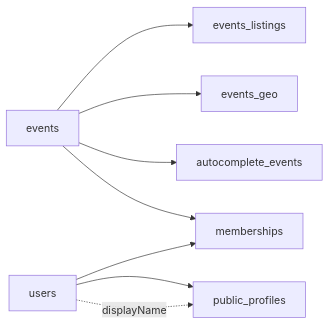
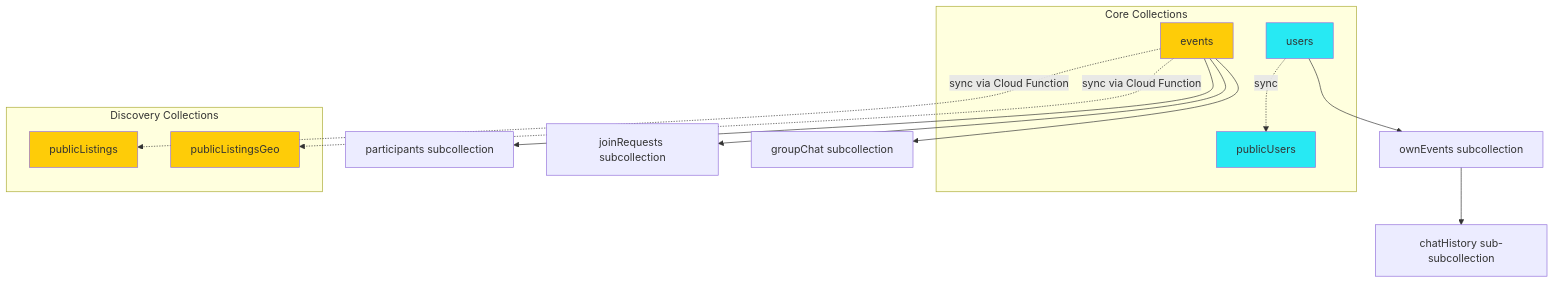
Before and after one commit to thaenor/pair-up-events: the diagram in Docs/data-model.md, drawn with Mermaid. The commit also changed other lines of this file and 370 other files, not shown here.

`````diff
--- a/Docs/data-model.md
+++ b/Docs/data-model.md
@@ -329,10 +35,30 @@
 ```mermaid
-graph LR
-  A[events] --> B[events_listings]
-  A --> C[events_geo]
-  A --> D[autocomplete_events]
-  E[users] --> F[memberships]
-  E --> G[public_profiles]
-  A --> F
-  E -.->|displayName| G
-````
+graph TB
+    subgraph "Core Collections"
+        U[users]
+        PU[publicUsers]
+        E[events]
+    end
+
+    subgraph "Discovery Collections"
+        PL[publicListings]
+        PLG[publicListingsGeo]
+    end
+
+    U --> OE[ownEvents subcollection]
+    OE --> CH[chatHistory sub-subcollection]
+
+    E --> P[participants subcollection]
+    E --> JR[joinRequests subcollection]
+    E --> GC[groupChat subcollection]
+
+    E -.sync via Cloud Function.-> PL
+    E -.sync via Cloud Function.-> PLG
+    U -.sync.-> PU
+
+    style U fill:#27E9F3
+    style E fill:#FECC08
+    style PU fill:#27E9F3
+    style PL fill:#FECC08
+    style PLG fill:#FECC08
+```
`````
